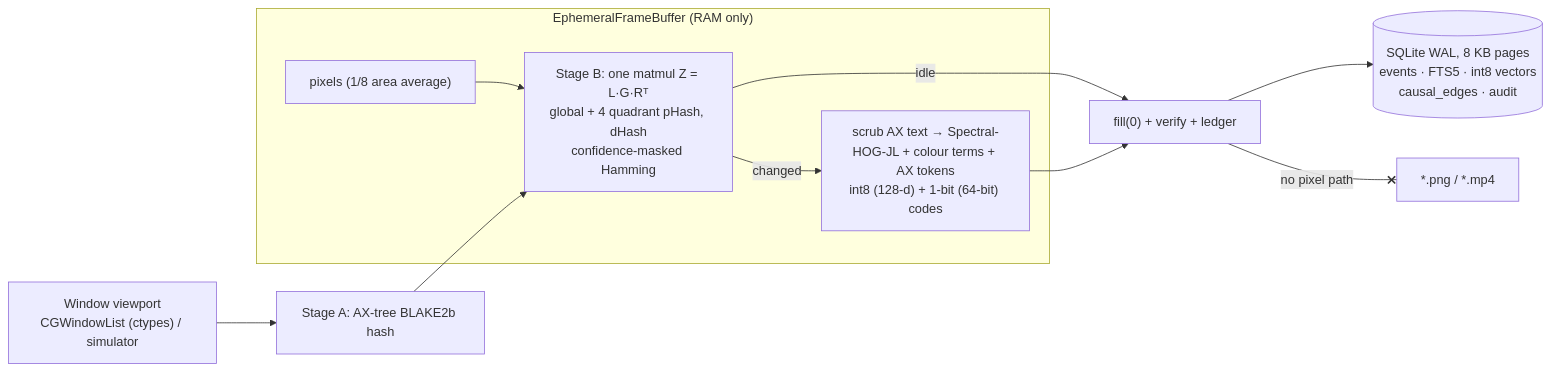
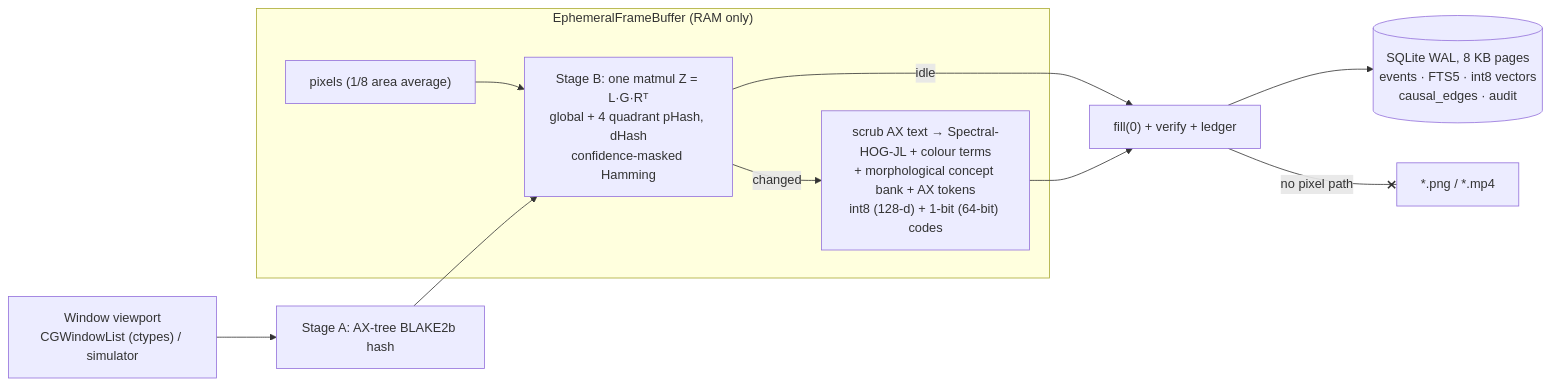
Before and after one commit to giuseppegambino92/screengraph-os: the first of 2 diagrams in README.md, drawn with Mermaid. The commit also changed other lines of this file and 14 other files, not shown here.

First line of the commit message:
Phase 3: morphological concept bank + visual-anomaly causal bridge

````diff
--- a/README.md
+++ b/README.md
@@ -188,13 +228,13 @@
 ```mermaid
 flowchart LR
     OS["Window viewport<br/>CGWindowList (ctypes) / simulator"] --> AX["Stage A: AX-tree BLAKE2b hash"]
     subgraph RAM["EphemeralFrameBuffer (RAM only)"]
         PX["pixels (1/8 area average)"] --> PH["Stage B: one matmul Z = L·G·Rᵀ<br/>global + 4 quadrant pHash, dHash<br/>confidence-masked Hamming"]
-        PH -->|changed| ENC["scrub AX text → Spectral-HOG-JL + colour terms + AX tokens<br/>int8 (128-d) + 1-bit (64-bit) codes"]
+        PH -->|changed| ENC["scrub AX text → Spectral-HOG-JL + colour terms<br/>+ morphological concept bank + AX tokens<br/>int8 (128-d) + 1-bit (64-bit) codes"]
     end
     AX --> PH
     PH -->|idle| WIPE["fill(0) + verify + ledger"]
     ENC --> WIPE
     WIPE --> DB[("SQLite WAL, 8 KB pages<br/>events · FTS5 · int8 vectors<br/>causal_edges · audit")]
     WIPE --x|no pixel path| DISK["*.png / *.mp4"]
 ```
````
